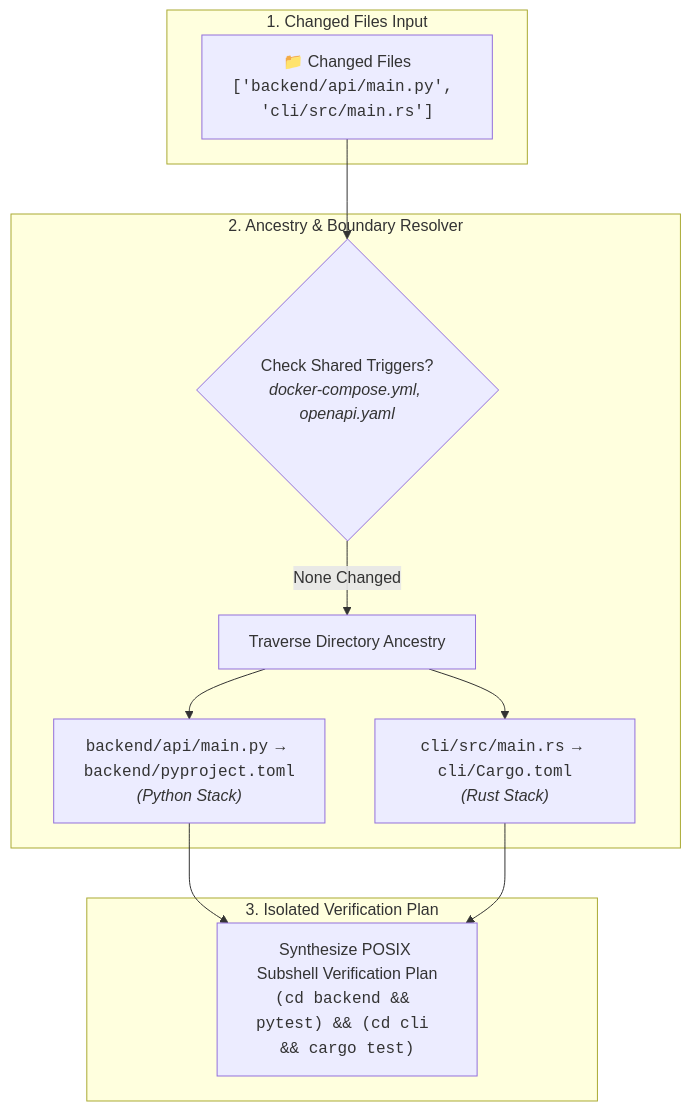
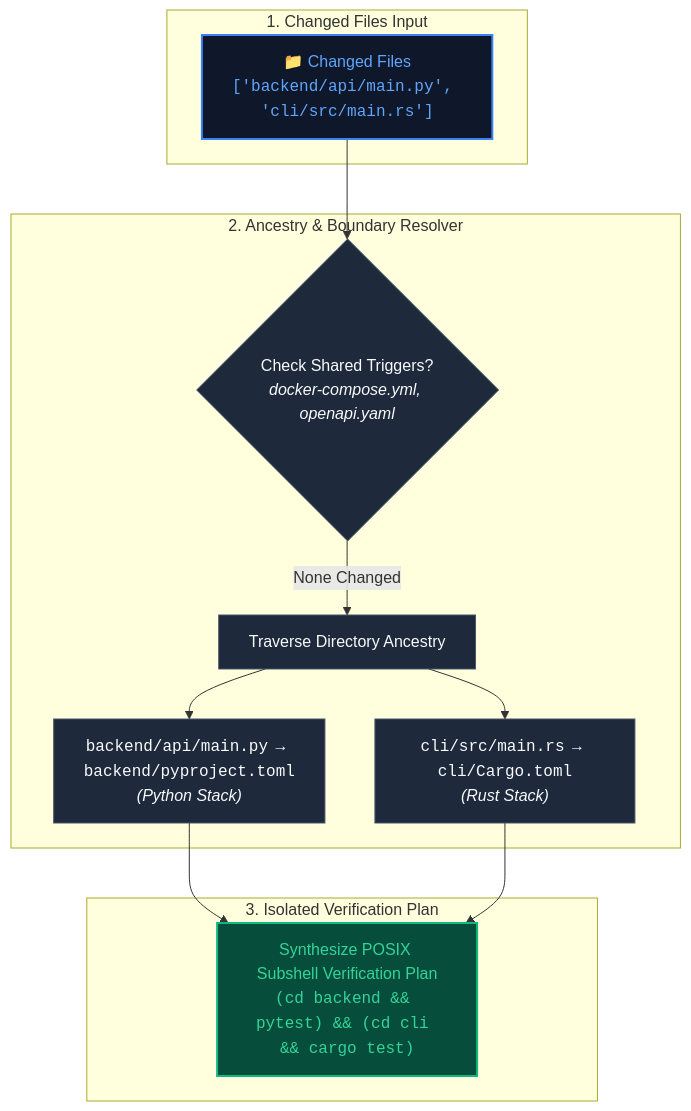
The second of 2 diagrams in README.md (FullThrottle83/jules-orchestrator-kit), drawn with Mermaid before and after one commit. The commit also changed other lines of this file, not shown here.

Commit message:
docs: update README.md for v0.30.0 release, fix Mermaid flowchart text wrapping and class styles

````diff
--- a/README.md
+++ b/README.md
@@ -297,18 +312,25 @@
 ```mermaid
 flowchart TD
     subgraph Input ["1. Changed Files Input"]
         A["📁 Changed Files<br/><code>['backend/api/main.py', 'cli/src/main.rs']</code>"]
     end
 
     subgraph Resolution ["2. Ancestry & Boundary Resolver"]
         A --> B{"Check Shared Triggers?<br/><i>docker-compose.yml, openapi.yaml</i>"}
         B -->|None Changed| C["Traverse Directory Ancestry"]
         C --> D1["<code>backend/api/main.py</code> → <code>backend/pyproject.toml</code><br/><i>(Python Stack)</i>"]
         C --> D2["<code>cli/src/main.rs</code> → <code>cli/Cargo.toml</code><br/><i>(Rust Stack)</i>"]
     end
 
     subgraph Output ["3. Isolated Verification Plan"]
         D1 --> E["Synthesize POSIX Subshell Verification Plan<br/><code>(cd backend && pytest) && (cd cli && cargo test)</code>"]
         D2 --> E
     end
+
+    classDef default fill:#1e293b,stroke:#475569,stroke-width:1px,color:#f8fafc;
+    classDef highlight fill:#0f172a,stroke:#3b82f6,stroke-width:2px,color:#60a5fa;
+    classDef success fill:#064e3b,stroke:#10b981,stroke-width:2px,color:#34d399;
+
+    class A highlight;
+    class E success;
 ```
````
